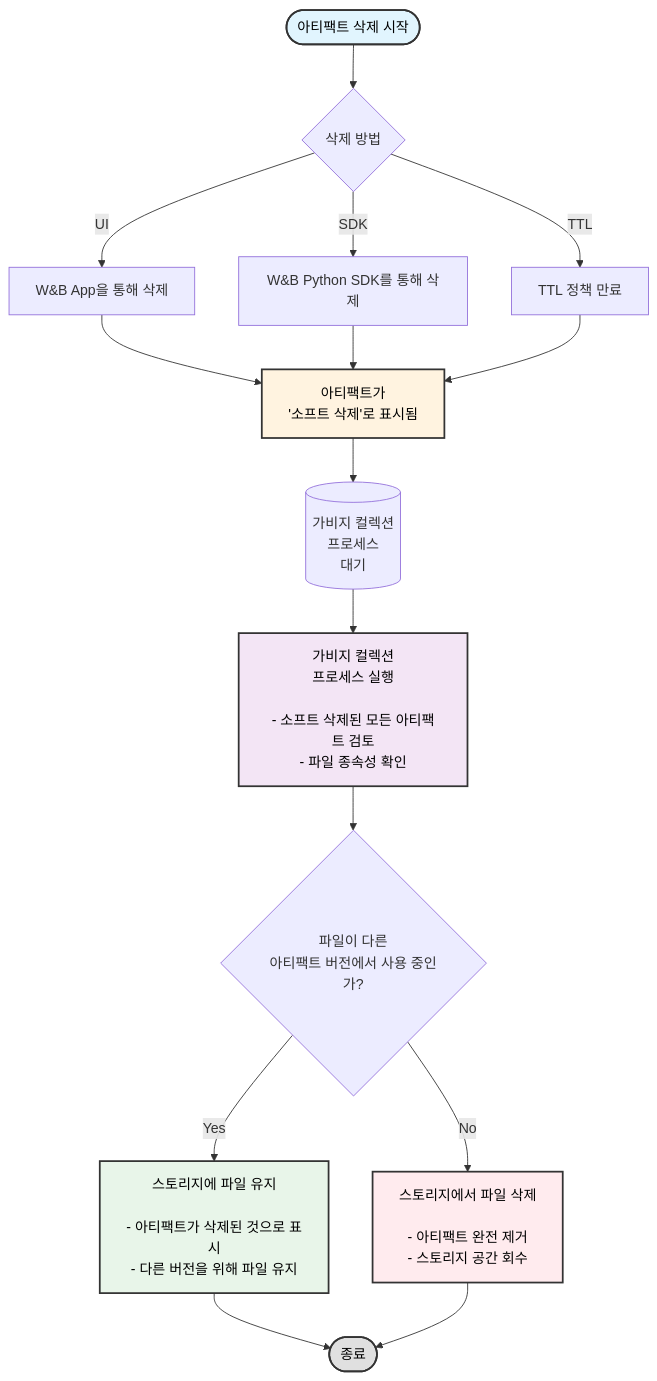
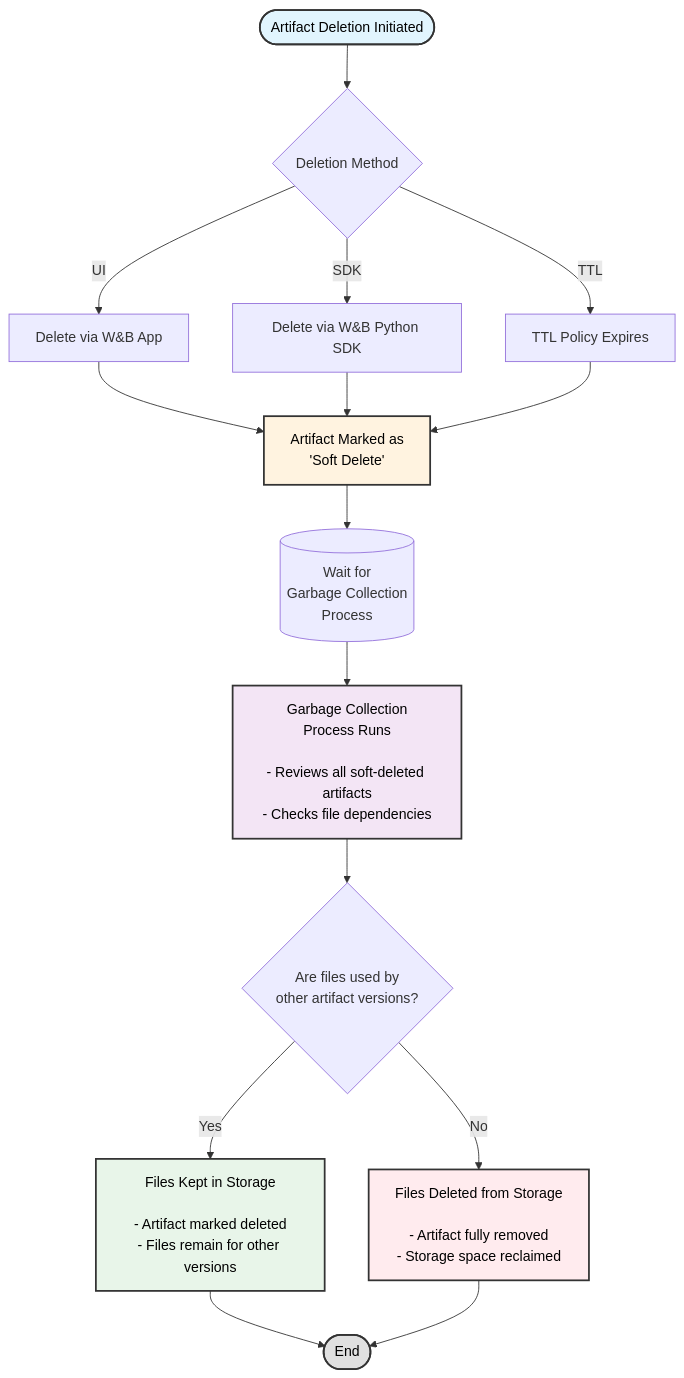
The diagram in ko/models/artifacts/delete-artifacts.mdx (wandb/docs), drawn with Mermaid before and after one commit. The commit also changed other lines of this file and 2852 other files, not shown here.

````diff
--- a/ko/models/artifacts/delete-artifacts.mdx
+++ b/ko/models/artifacts/delete-artifacts.mdx
@@ -16,31 +17,31 @@
 ```mermaid
 graph TB
-    Start([아티팩트 삭제 시작]) --> DeleteMethod{삭제 방법}
+    Start([Artifact Deletion Initiated]) --> DeleteMethod{Deletion Method}
     
-    DeleteMethod -->|UI| UIDelete[W&B App을 통해 삭제]
-    DeleteMethod -->|SDK| SDKDelete[W&B Python SDK를 통해 삭제]
-    DeleteMethod -->|TTL| TTLDelete[TTL 정책 만료]
+    DeleteMethod -->|UI| UIDelete[Delete via W&B App]
+    DeleteMethod -->|SDK| SDKDelete[Delete via W&B Python SDK]
+    DeleteMethod -->|TTL| TTLDelete[TTL Policy Expires]
     
-    UIDelete --> SoftDelete[아티팩트가<br/>'소프트 삭제'로 표시됨]
+    UIDelete --> SoftDelete[Artifact Marked as<br/>'Soft Delete']
     SDKDelete --> SoftDelete
     TTLDelete --> SoftDelete
     
-    SoftDelete --> GCWait[(가비지 컬렉션<br/>프로세스<br/>대기)]
+    SoftDelete --> GCWait[(Wait for<br/>Garbage Collection<br/>Process)]
     
-    GCWait --> GCRun[가비지 컬렉션<br/>프로세스 실행<br/><br/>- 소프트 삭제된 모든 아티팩트 검토<br/>- 파일 종속성 확인]
+    GCWait --> GCRun[Garbage Collection<br/>Process Runs<br/><br/>- Reviews all soft-deleted artifacts<br/>- Checks file dependencies]
     
-    GCRun --> CheckUsage{파일이 다른<br/>아티팩트 버전에서 사용 중인가?}
+    GCRun --> CheckUsage{Are files used by<br/>other artifact versions?}
     
-    CheckUsage -->|Yes| KeepFiles[스토리지에 파일 유지<br/><br/>- 아티팩트가 삭제된 것으로 표시<br/>- 다른 버전을 위해 파일 유지]
-    CheckUsage -->|No| DeleteFiles[스토리지에서 파일 삭제<br/><br/>- 아티팩트 완전 제거<br/>- 스토리지 공간 회수]
+    CheckUsage -->|Yes| KeepFiles[Files Kept in Storage<br/><br/>- Artifact marked deleted<br/>- Files remain for other versions]
+    CheckUsage -->|No| DeleteFiles[Files Deleted from Storage<br/><br/>- Artifact fully removed<br/>- Storage space reclaimed]
     
-    KeepFiles --> End([종료])
+    KeepFiles --> End([End])
     DeleteFiles --> End
     
     style Start fill:#e1f5fe,stroke:#333,stroke-width:2px,color:#000
     style SoftDelete fill:#fff3e0,stroke:#333,stroke-width:2px,color:#000
     style GCRun fill:#f3e5f5,stroke:#333,stroke-width:2px,color:#000
     style KeepFiles fill:#e8f5e9,stroke:#333,stroke-width:2px,color:#000
     style DeleteFiles fill:#ffebee,stroke:#333,stroke-width:2px,color:#000
     style End fill:#e0e0e0,stroke:#333,stroke-width:2px,color:#000
 ```
````
